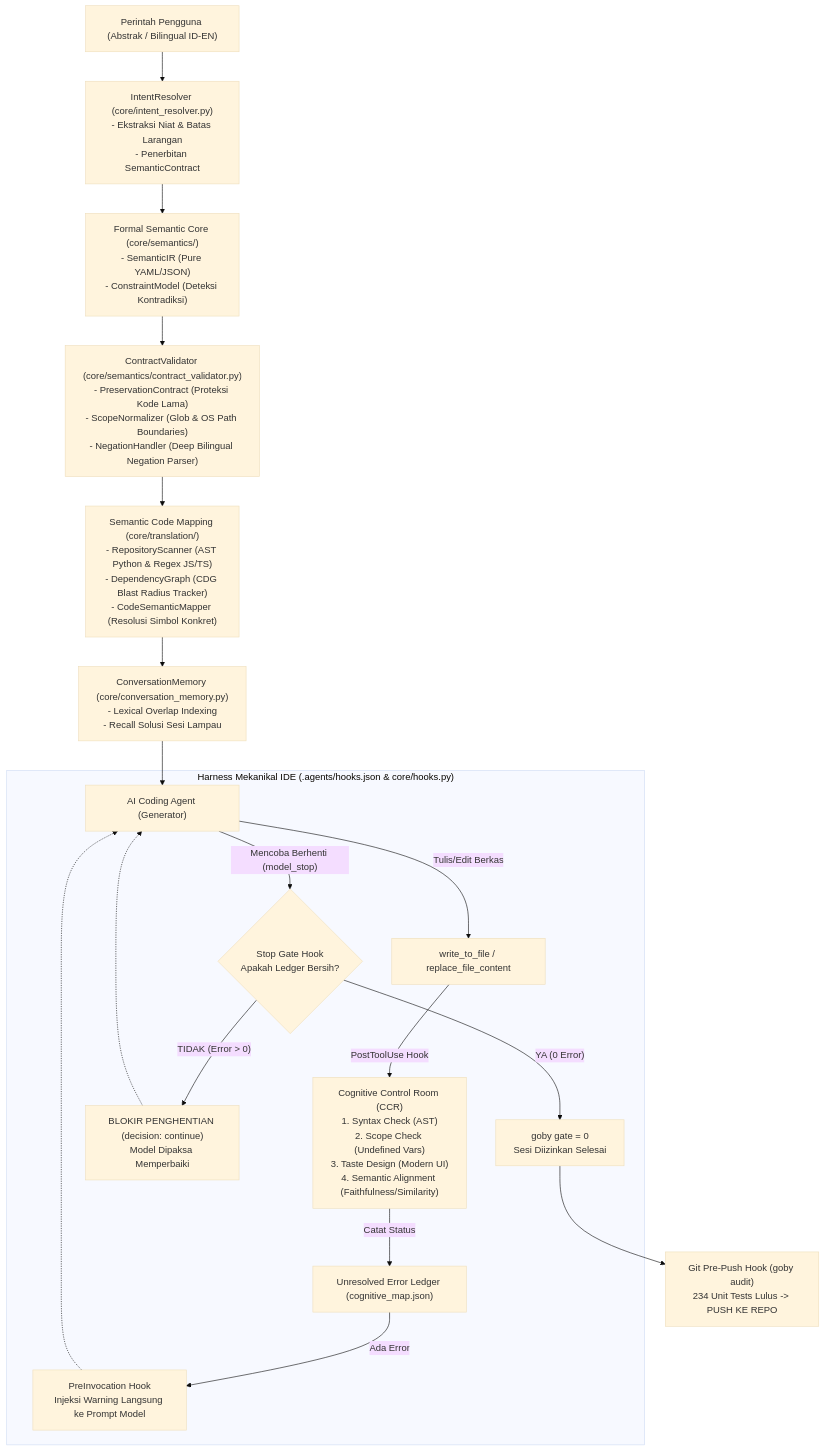
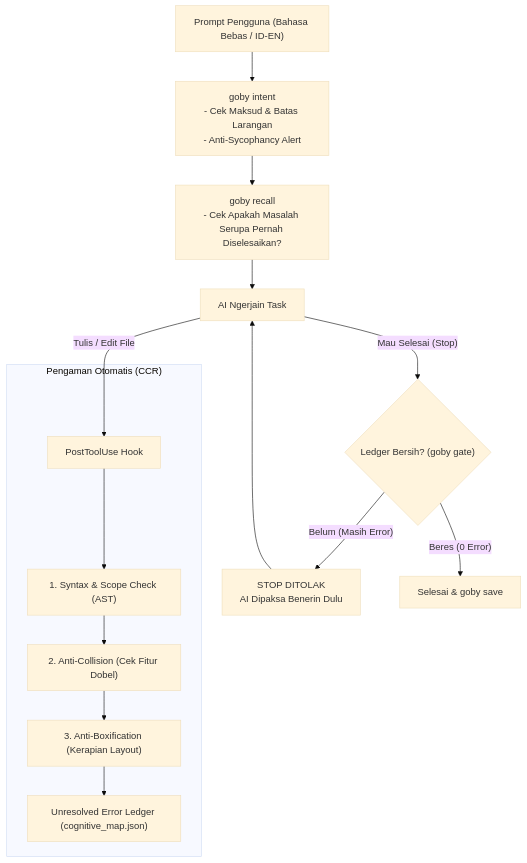
One commit to V4nds/Gobysh changed the diagram in README.md. Above: the diagram before and after it, drawn with Mermaid (base theme). The commit also changed other lines of this file and 12 other files, not shown here.

Commit message:
feat(v5.2): evolusi context architecture, anti-sycophancy, anti-collision, anti-boxification & update readme

````diff
--- a/README.md
+++ b/README.md
@@ -33,29 +57,22 @@
 ```mermaid
 flowchart TD
-    UserInput["Perintah Pengguna (Abstrak / Bilingual ID-EN)"] --> IntentRes["IntentResolver (core/intent_resolver.py)\n- Ekstraksi Niat & Batas Larangan\n- Penerbitan SemanticContract"]
+    UserPrompt["Prompt Pengguna (Bahasa Bebas / ID-EN)"] --> IntentCheck["goby intent\n- Cek Maksud & Batas Larangan\n- Anti-Sycophancy Alert"]
     
-    IntentRes --> SemIR["Formal Semantic Core (core/semantics/)\n- SemanticIR (Pure YAML/JSON)\n- ConstraintModel (Deteksi Kontradiksi)"]
-    SemIR --> ContractVal["ContractValidator (core/semantics/contract_validator.py)\n- PreservationContract (Proteksi Kode Lama)\n- ScopeNormalizer (Glob & OS Path Boundaries)\n- NegationHandler (Deep Bilingual Negation Parser)"]
+    IntentCheck --> ContextRecall["goby recall\n- Cek Apakah Masalah Serupa Pernah Diselesaikan?"]
+    ContextRecall --> AIWork["AI Ngerjain Task"]
     
-    ContractVal --> CodeMap["Semantic Code Mapping (core/translation/)\n- RepositoryScanner (AST Python & Regex JS/TS)\n- DependencyGraph (CDG Blast Radius Tracker)\n- CodeSemanticMapper (Resolusi Simbol Konkret)"]
+    AIWork -->|"Tulis / Edit File"| HookTrigger["PostToolUse Hook"]
     
-    CodeMap --> MemRecall["ConversationMemory (core/conversation_memory.py)\n- Lexical Overlap Indexing\n- Recall Solusi Sesi Lampau"]
-    MemRecall --> AIAgent["AI Coding Agent (Generator)"]
-    
-    AIAgent -->|"Tulis/Edit Berkas"| ToolCall["write_to_file / replace_file_content"]
-    
-    subgraph MechanicalHarness ["Harness Mekanikal IDE (.agents/hooks.json & core/hooks.py)"]
-        ToolCall -->|"PostToolUse Hook"| CCRCheck["Cognitive Control Room (CCR)\n1. Syntax Check (AST)\n2. Scope Check (Undefined Vars)\n3. Taste Design (Modern UI)\n4. Semantic Alignment (Faithfulness/Similarity)"]
-        CCRCheck -->|"Catat Status"| Ledger["Unresolved Error Ledger (cognitive_map.json)"]
+    subgraph Guardrail ["Pengaman Otomatis (CCR)"]
+        HookTrigger --> SyntaxScope["1. Syntax & Scope Check (AST)"]
+        SyntaxScope --> AntiCollision["2. Anti-Collision (Cek Fitur Dobel)"]
+        AntiCollision --> DensityGov["3. Anti-Boxification (Kerapian Layout)"]
         
-        Ledger -->|"Ada Error"| PreInvoc["PreInvocation Hook\nInjeksi Warning Langsung ke Prompt Model"]
-        PreInvoc -.-> AIAgent
-        
-        AIAgent -->|"Mencoba Berhenti (model_stop)"| StopHook{"Stop Gate Hook\nApakah Ledger Bersih?"}
-        StopHook -- "TIDAK (Error > 0)" --> BlockStop["BLOKIR PENGHENTIAN (decision: continue)\nModel Dipaksa Memperbaiki"]
-        BlockStop -.-> AIAgent
-        StopHook -- "YA (0 Error)" --> GatePass["goby gate = 0\nSesi Diizinkan Selesai"]
+        DensityGov --> Ledger["Unresolved Error Ledger (cognitive_map.json)"]
     end
     
-    GatePass --> GitPush["Git Pre-Push Hook (goby audit)\n234 Unit Tests Lulus -> PUSH KE REPO"]
+    AIWork -->|"Mau Selesai (Stop)"| StopCheck{"Ledger Bersih? (goby gate)"}
+    StopCheck -- "Belum (Masih Error)" --> BlockStop["STOP DITOLAK\nAI Dipaksa Benerin Dulu"]
+    BlockStop --> AIWork
+    StopCheck -- "Beres (0 Error)" --> Finish["Selesai & goby save"]
 ```
````
